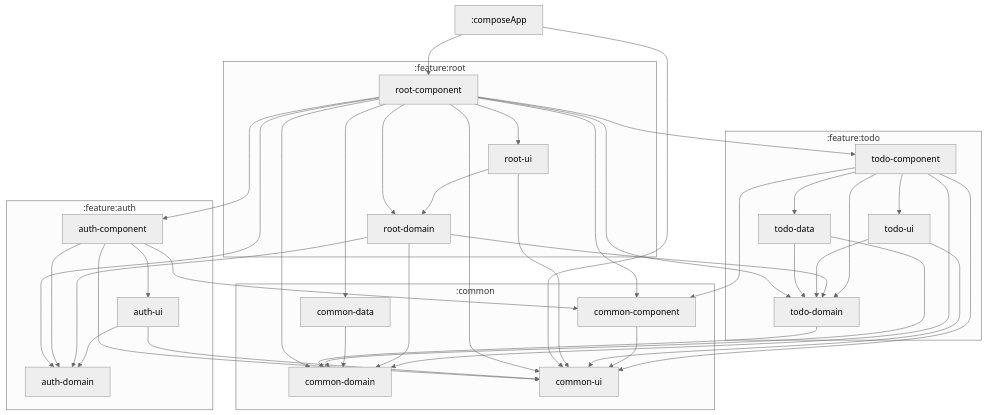
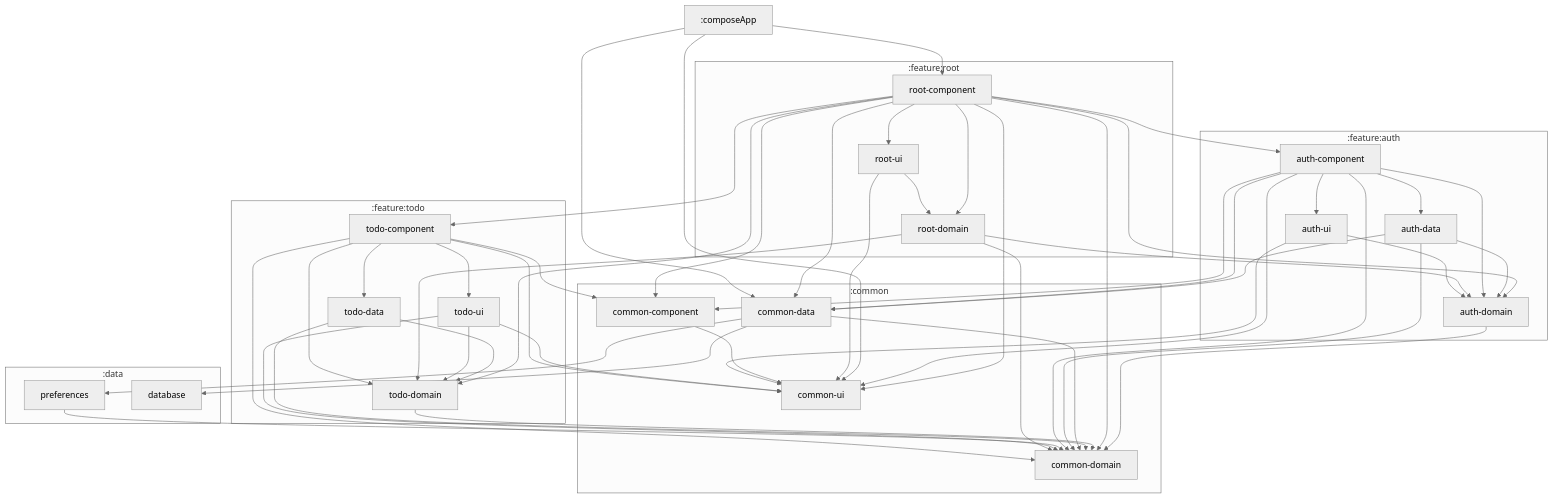
One commit to VasilyRylov/architecture-samples changed the diagram in README.MD. Above: the diagram before and after it, drawn with Mermaid.

Commit message:
Update module graph

````diff
--- a/README.MD
+++ b/README.MD
@@ -36,10 +36,15 @@
     :common:common-ui["common-ui"]
     :common:common-data["common-data"]
   end
+  subgraph :data
+    :data:preferences["preferences"]
+    :data:database["database"]
+  end
   subgraph :feature:auth
     :feature:auth:auth-ui["auth-ui"]
     :feature:auth:auth-domain["auth-domain"]
     :feature:auth:auth-component["auth-component"]
+    :feature:auth:auth-data["auth-data"]
   end
   subgraph :feature:root
     :feature:root:root-domain["root-domain"]
@@ -65,15 +70,26 @@
   :feature:root:root-domain --> :feature:todo:todo-domain
   :common:common-component --> :common:common-ui
   :feature:todo:todo-ui --> :common:common-ui
+  :feature:todo:todo-ui --> :common:common-domain
   :feature:todo:todo-ui --> :feature:todo:todo-domain
   :feature:root:root-ui --> :common:common-ui
   :feature:root:root-ui --> :feature:root:root-domain
+  :data:preferences --> :common:common-domain
   :composeApp --> :feature:root:root-component
   :composeApp --> :common:common-ui
+  :composeApp --> :common:common-data
   :feature:auth:auth-component --> :feature:auth:auth-ui
   :feature:auth:auth-component --> :feature:auth:auth-domain
+  :feature:auth:auth-component --> :feature:auth:auth-data
   :feature:auth:auth-component --> :common:common-component
   :feature:auth:auth-component --> :common:common-ui
+  :feature:auth:auth-component --> :common:common-domain
+  :feature:auth:auth-component --> :common:common-data
+  :feature:auth:auth-data --> :feature:auth:auth-domain
+  :feature:auth:auth-data --> :common:common-domain
+  :feature:auth:auth-data --> :common:common-data
+  :common:common-data --> :data:preferences
+  :common:common-data --> :data:database
   :common:common-data --> :common:common-domain
   :feature:todo:todo-data --> :feature:todo:todo-domain
   :feature:todo:todo-data --> :common:common-domain
@@ -88,4 +104,5 @@
   :feature:root:root-component --> :common:common-domain
   :feature:root:root-component --> :common:common-ui
   :feature:root:root-component --> :common:common-data
+  :feature:auth:auth-domain --> :common:common-domain
 ```
````
